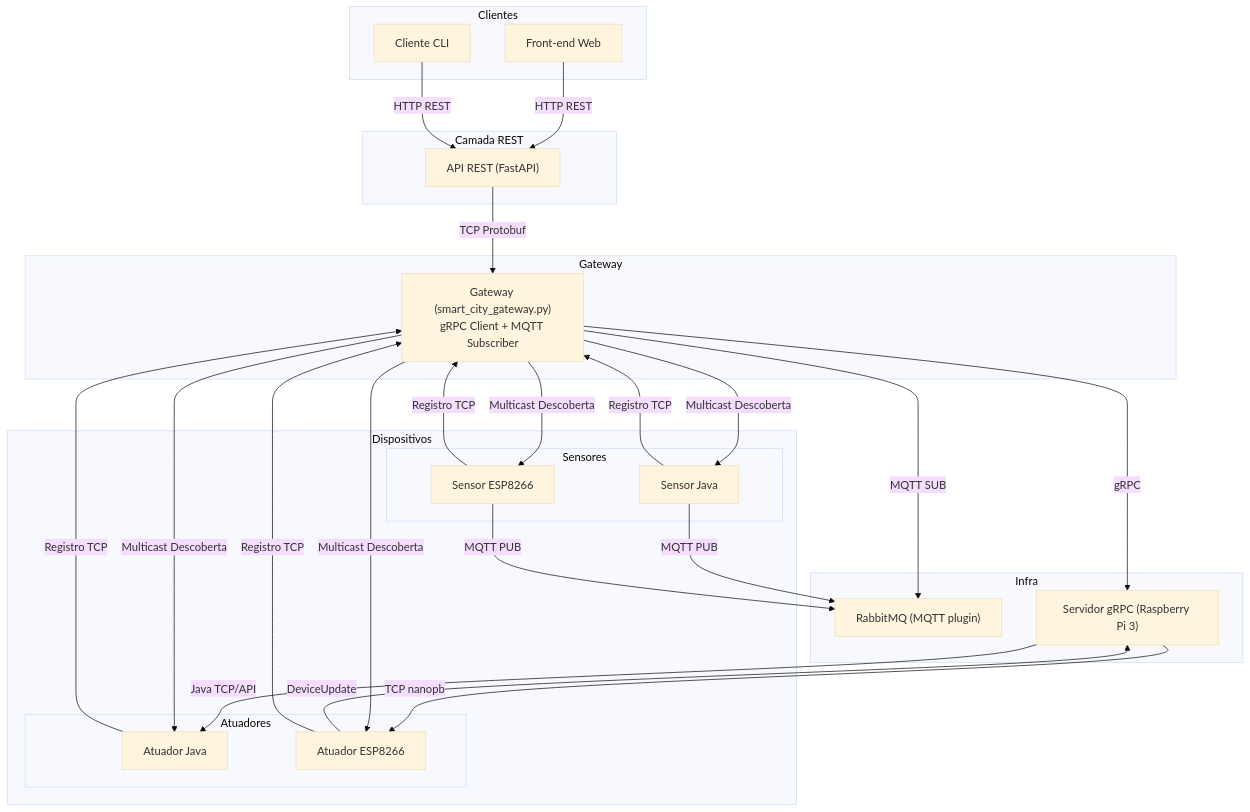
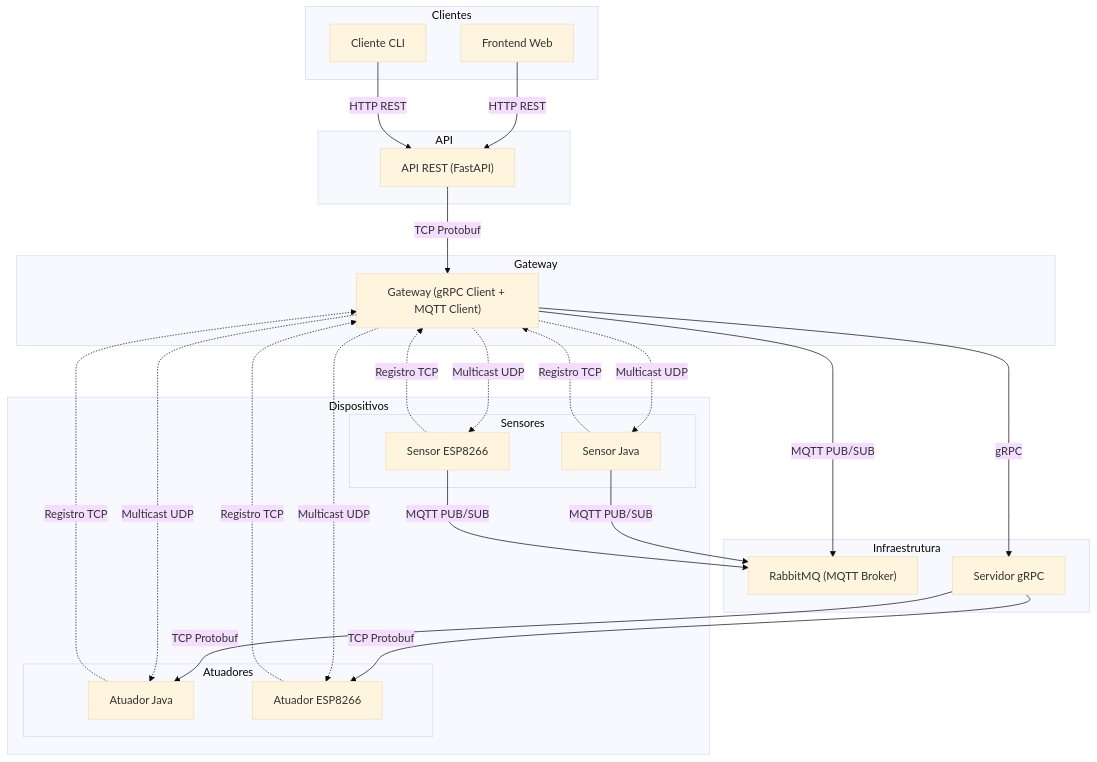
The diagram in README_ATUALIIZACOES.md (mdo-br/Trabalho-SD-gRPC-RabbitMQ-MQTT), drawn with Mermaid (base theme) before and after one commit. The commit also changed other lines of this file and 18 other files, not shown here.

````diff
--- a/README_ATUALIIZACOES.md
+++ b/README_ATUALIIZACOES.md
@@ -65,55 +8,60 @@
 ```mermaid
 flowchart TB
     subgraph Clientes
-        FE["Front-end Web"]
+        FE["Frontend Web"]
         CLI["Cliente CLI"]
     end
 
-    subgraph "Camada REST"
-        API_NODE["API REST (FastAPI)"]
+    subgraph API
+        REST["API REST (FastAPI)"]
     end
 
     subgraph Gateway
-        GW["Gateway (smart_city_gateway.py)\ngRPC Client + MQTT Subscriber"]
+        GW["Gateway (gRPC Client + MQTT Client)"]
     end
 
-    subgraph Infra
-        MQ["RabbitMQ (MQTT plugin)"]
-        GRPC["Servidor gRPC (Raspberry Pi 3)"]
+    subgraph Infraestrutura
+        MQ["RabbitMQ (MQTT Broker)"]
+        GRPC["Servidor gRPC"]
     end
 
     subgraph Dispositivos
         subgraph Sensores
             SJ["Sensor Java"]
             SESP["Sensor ESP8266"]
         end
         subgraph Atuadores
             AJ["Atuador Java"]
             AESP["Atuador ESP8266"]
         end
     end
 
-    FE -->|HTTP REST| API_NODE
-    CLI -->|HTTP REST| API_NODE
-    API_NODE -->|TCP Protobuf| GW
+    %% Conexões dos clientes
+    FE -->|HTTP REST| REST
+    CLI -->|HTTP REST| REST
+    REST -->|TCP Protobuf| GW
 
+    %% Conexões do Gateway
     GW -->|gRPC| GRPC
-    GW -->|MQTT SUB| MQ
+    GW -->|MQTT PUB/SUB| MQ
 
-    SJ -->|MQTT PUB| MQ
-    SESP -->|MQTT PUB| MQ
+    %% Conexões dos sensores (MQTT)
+    SJ -->|MQTT PUB/SUB| MQ
+    SESP -->|MQTT PUB/SUB| MQ
 
-    GRPC -->|TCP nanopb| AESP
-    AESP -->|DeviceUpdate| GRPC
+    %% Conexões dos atuadores (gRPC → TCP)
+    GRPC -->|TCP Protobuf| AESP
+    GRPC -->|TCP Protobuf| AJ
 
-    GRPC -->|Java TCP/API| AJ
-
-    GW -->|Multicast Descoberta| SESP
-    GW -->|Multicast Descoberta| AESP
-    GW -->|Multicast Descoberta| SJ
-    GW -->|Multicast Descoberta| AJ
-    SESP -->|Registro TCP| GW
-    AESP -->|Registro TCP| GW
-    SJ -->|Registro TCP| GW
-    AJ -->|Registro TCP| GW
+    %% Descoberta multicast (todos os dispositivos)
+    GW -.->|Multicast UDP| SJ
+    GW -.->|Multicast UDP| SESP
+    GW -.->|Multicast UDP| AJ
+    GW -.->|Multicast UDP| AESP
+    
+    %% Registro TCP (todos os dispositivos)
+    SJ -.->|Registro TCP| GW
+    SESP -.->|Registro TCP| GW
+    AJ -.->|Registro TCP| GW
+    AESP -.->|Registro TCP| GW
 ```
````
